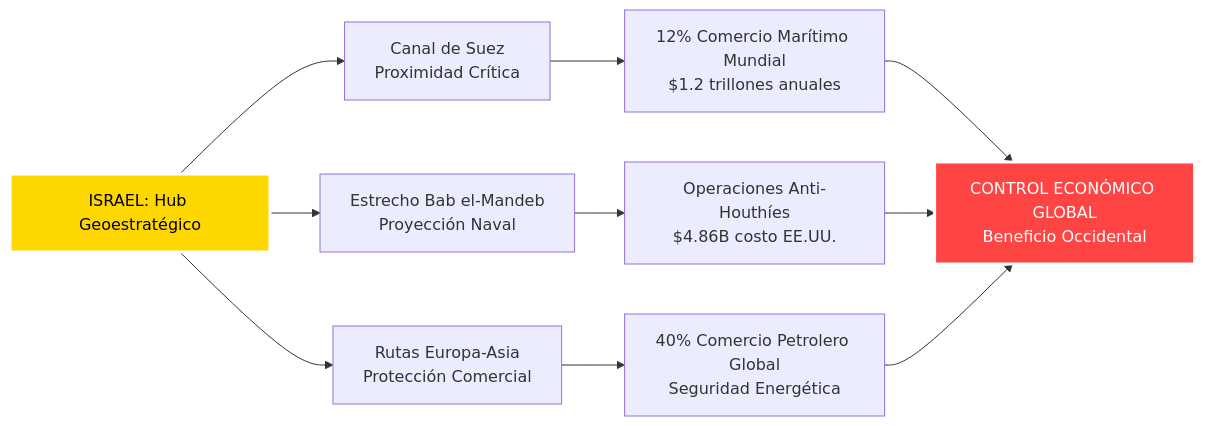
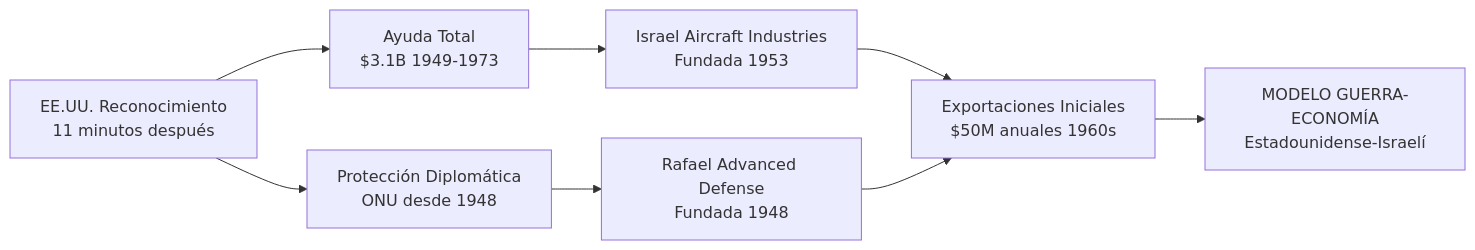
One commit to perpetuocambio/annotations changed the second of 54 diagrams in intel/israel_geopolitical_analysis.md. Above: the diagram before and after it, drawn with Mermaid. The commit also changed other lines of this file, not shown here.

````diff
--- a/intel/israel_geopolitical_analysis.md
+++ b/intel/israel_geopolitical_analysis.md
@@ -84,17 +141,13 @@
 ```mermaid
 flowchart LR
-    A[ISRAEL: Hub Geoestratégico] --> B[Canal de Suez<br/>Proximidad Crítica]
-    A --> C[Estrecho Bab el-Mandeb<br/>Proyección Naval]
-    A --> D[Rutas Europa-Asia<br/>Protección Comercial]
+    A[EE.UU. Reconocimiento<br/>11 minutos después] --> B[Ayuda Total<br/>$3.1B 1949-1973]
+    A --> C[Protección Diplomática<br/>ONU desde 1948]
 
-    B --> E[12% Comercio Marítimo Mundial<br/>$1.2 trillones anuales]
-    C --> F[Operaciones Anti-Houthíes<br/>$4.86B costo EE.UU.]
-    D --> G[40% Comercio Petrolero Global<br/>Seguridad Energética]
+    B --> D[Israel Aircraft Industries<br/>Fundada 1953]
+    C --> E[Rafael Advanced Defense<br/>Fundada 1948]
 
-    E --> H[CONTROL ECONÓMICO GLOBAL<br/>Beneficio Occidental]
-    F --> H
-    G --> H
+    D --> F[Exportaciones Iniciales<br/>$50M anuales 1960s]
+    E --> F
 
-    style A fill:#ffd700,stroke:#fff,stroke-width:3px,color:#000
-    style H fill:#ff4444,stroke:#fff,stroke-width:3px,color:#fff
+    F --> G[MODELO GUERRA-ECONOMÍA<br/>Estadounidense-Israelí]
 ```
````
